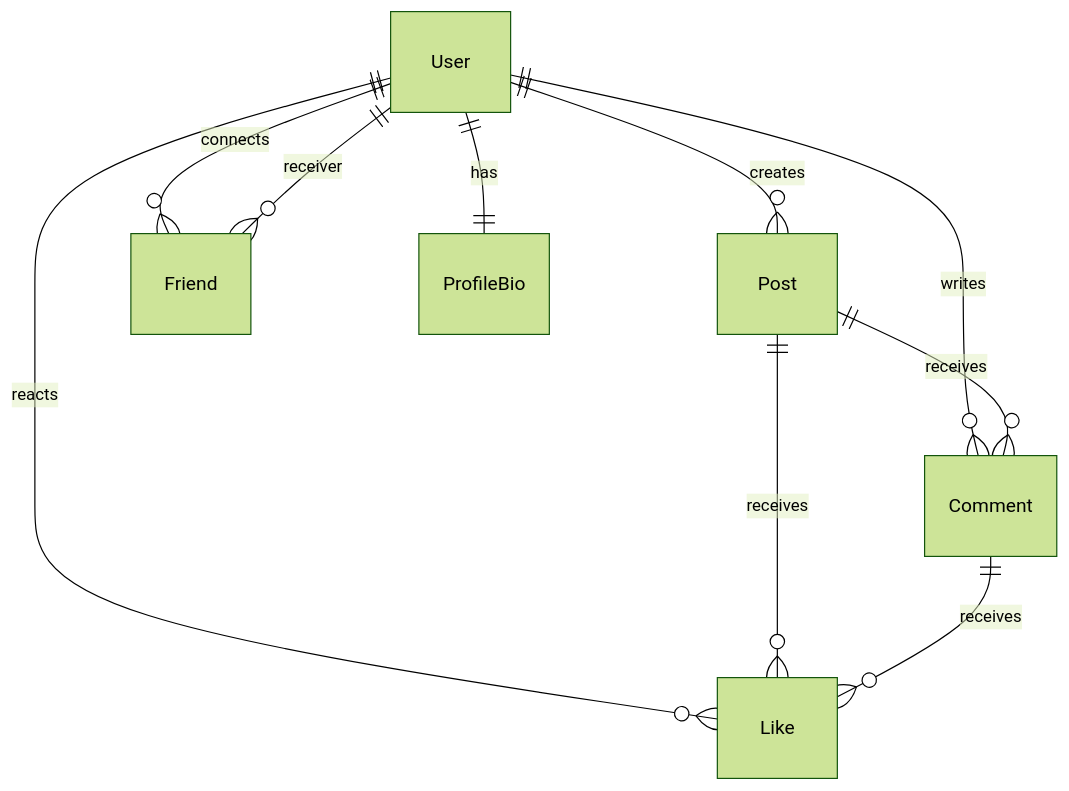
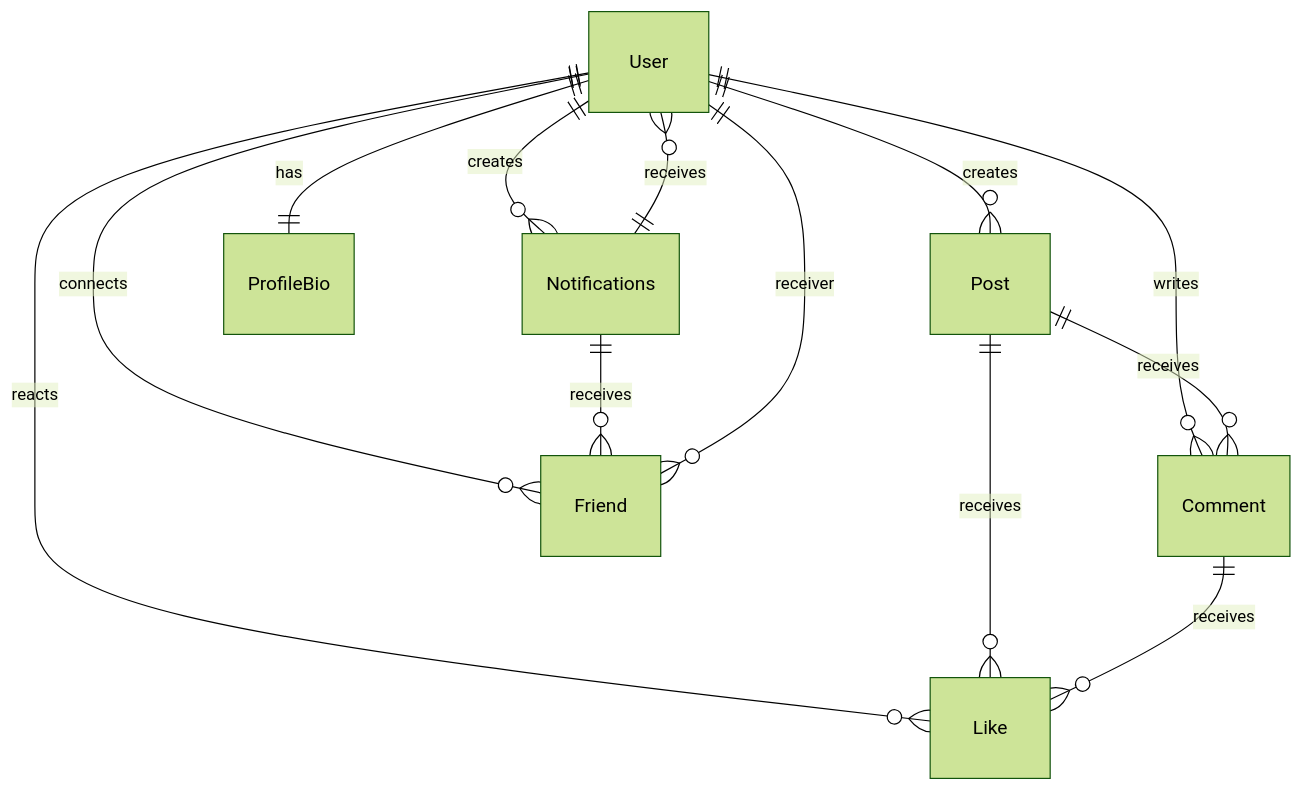
One commit to ta-laz/sea-sharks-acebook changed the diagram in README.md. Above: the diagram before and after it, drawn with Mermaid (forest theme). The commit also changed other lines of this file, not shown here.

Commit message:
updated the diagram and controller section

````diff
--- a/README.md
+++ b/README.md
@@ -211,14 +211,17 @@
 ```mermaid
 erDiagram
   User ||--o{ Post : "creates"
+  User ||--o{ Notifications : "creates"
   User ||--o{ Comment : "writes"
   User ||--o{ Like : "reacts"
   User ||--o{ Friend : "connects"
   User ||--|| ProfileBio : "has"
 
   Post ||--o{ Comment : "receives"
   Post ||--o{ Like : "receives"
+  Notifications ||--o{ Friend : "receives"
+  Notifications ||--o{ User : "receives"
   Comment ||--o{ Like : "receives"
 
   Friend }o--|| User : "receiver"
 ```
````
